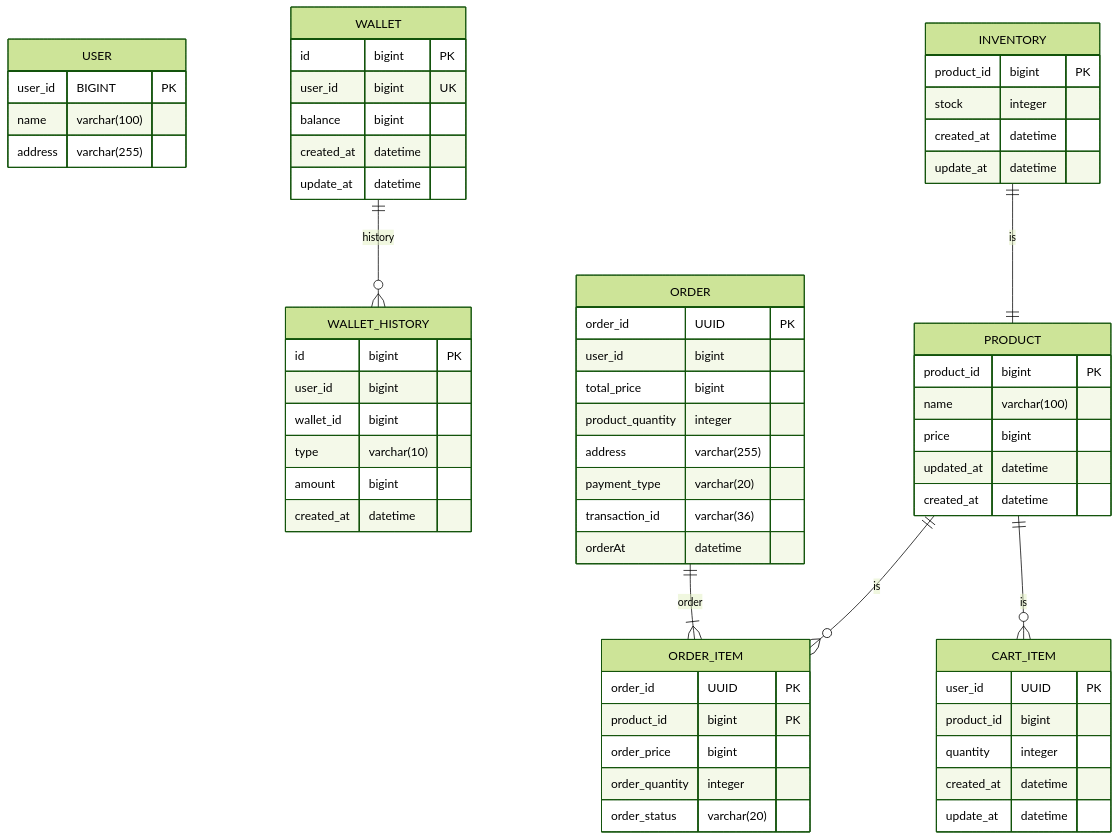
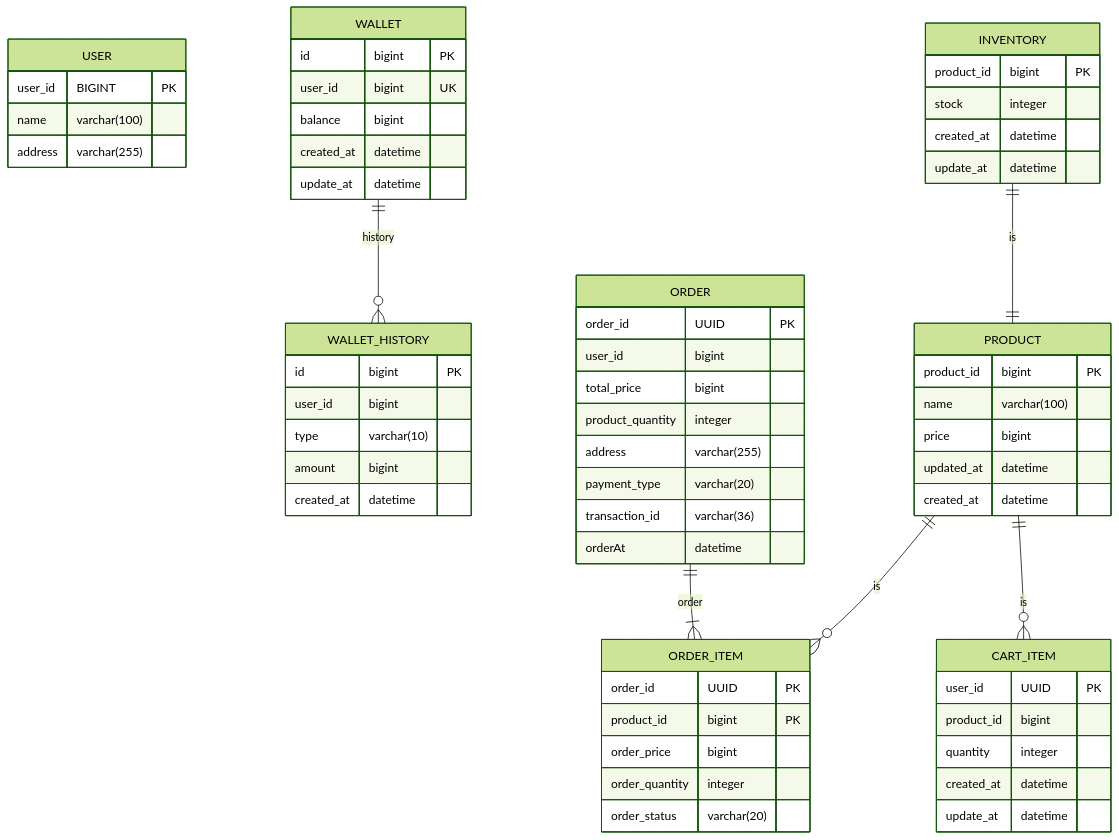
One commit to keepbang/hanghae-ecommerce changed the first of 9 diagrams in README.md. Above: the diagram before and after it, drawn with Mermaid (forest theme).

````diff
--- a/README.md
+++ b/README.md
@@ -34,74 +34,73 @@
 ```mermaid
 erDiagram
 	USER {
 		user_id BIGINT PK
 		name varchar(100) 
 		address varchar(255)
 	}
 	
 	WALLET ||--O{ WALLET_HISTORY : history
 	WALLET {
 		id bigint PK
 		user_id bigint UK
 		balance bigint
 		created_at datetime
 		update_at datetime
 	}
 	
 	WALLET_HISTORY {
 		id bigint PK
 		user_id bigint
-		wallet_id bigint
 		type varchar(10)
 		amount bigint
 		created_at datetime
 	}
 	
 	ORDER ||--|{ORDER_ITEM : order
 	ORDER {
 		order_id UUID PK
 		user_id bigint
 		total_price bigint
 		product_quantity integer
 		address varchar(255)
 		payment_type varchar(20)
 		transaction_id varchar(36)
 		orderAt datetime
 	}
 	
 	PRODUCT ||--o{ ORDER_ITEM : is
 	ORDER_ITEM {
 		order_id UUID PK
 		product_id bigint PK
 		order_price bigint
 		order_quantity integer
 		order_status varchar(20)
 	}
 
 
 	INVENTORY ||--|| PRODUCT : is	
 	INVENTORY {
 		product_id bigint PK
 		stock integer
 		created_at datetime
 		update_at datetime
 	}
 	
 	PRODUCT ||--o{ CART_ITEM : is
 	PRODUCT {
 		product_id bigint PK
 		name varchar(100)
 		price bigint
 		updated_at datetime
 		created_at datetime
 	}
 	
 	CART_ITEM {
 		user_id UUID PK
 		product_id bigint
 		quantity integer
 		created_at datetime
 		update_at datetime
 	}
 	
 ```
````
